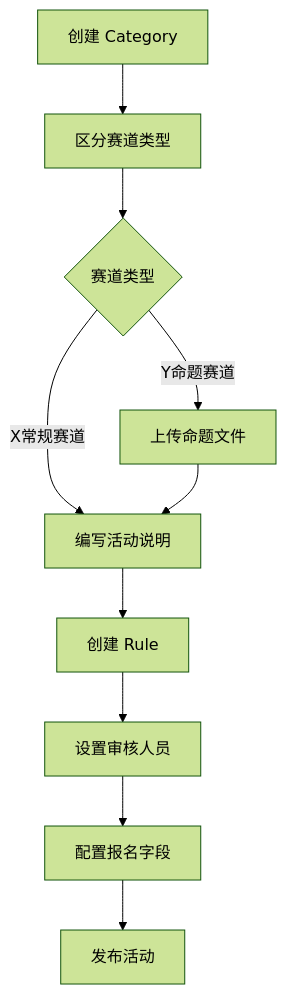
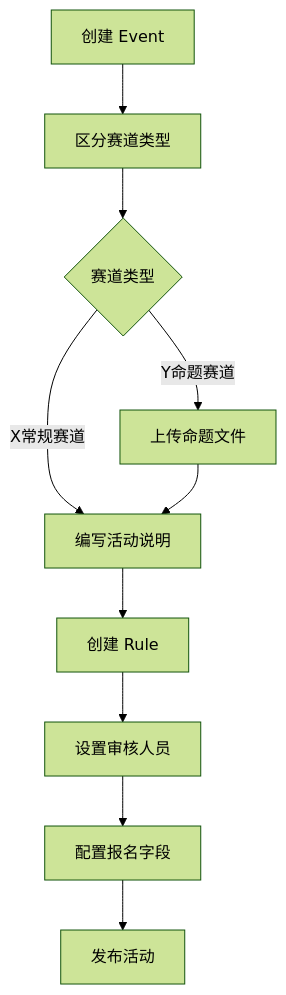
The diagram in docs/user-journeys/02-activity-setup.md (H2OSLabs/SynnovatorZero), drawn with Mermaid (forest theme) before and after one commit. The commit also changed other lines of this file and 210 other files, not shown here.

First line of the commit message:
refactor: rename 'category' to 'event' throughout codebase

````diff
--- a/docs/user-journeys/02-activity-setup.md
+++ b/docs/user-journeys/02-activity-setup.md
@@ -7,12 +7,12 @@
 ```mermaid
 flowchart TD
-    A[创建 Category] --> B[区分赛道类型]
+    A[创建 Event] --> B[区分赛道类型]
     B --> B1{赛道类型}
     B1 -->|X常规赛道| C[编写活动说明]
     B1 -->|Y命题赛道| B2[上传命题文件]
     B2 --> C
     C --> D[创建 Rule]
     D --> E[设置审核人员]
     E --> F[配置报名字段]
     F --> G[发布活动]
 ```
````
